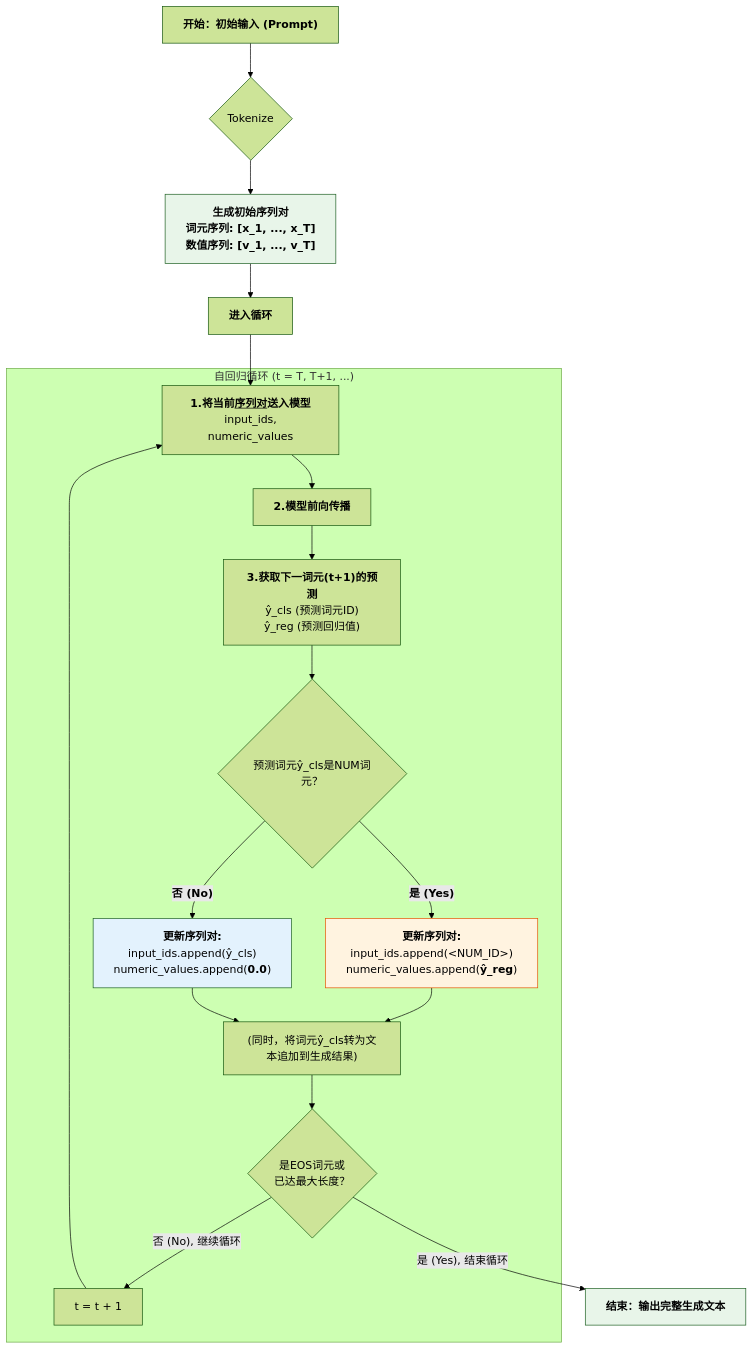
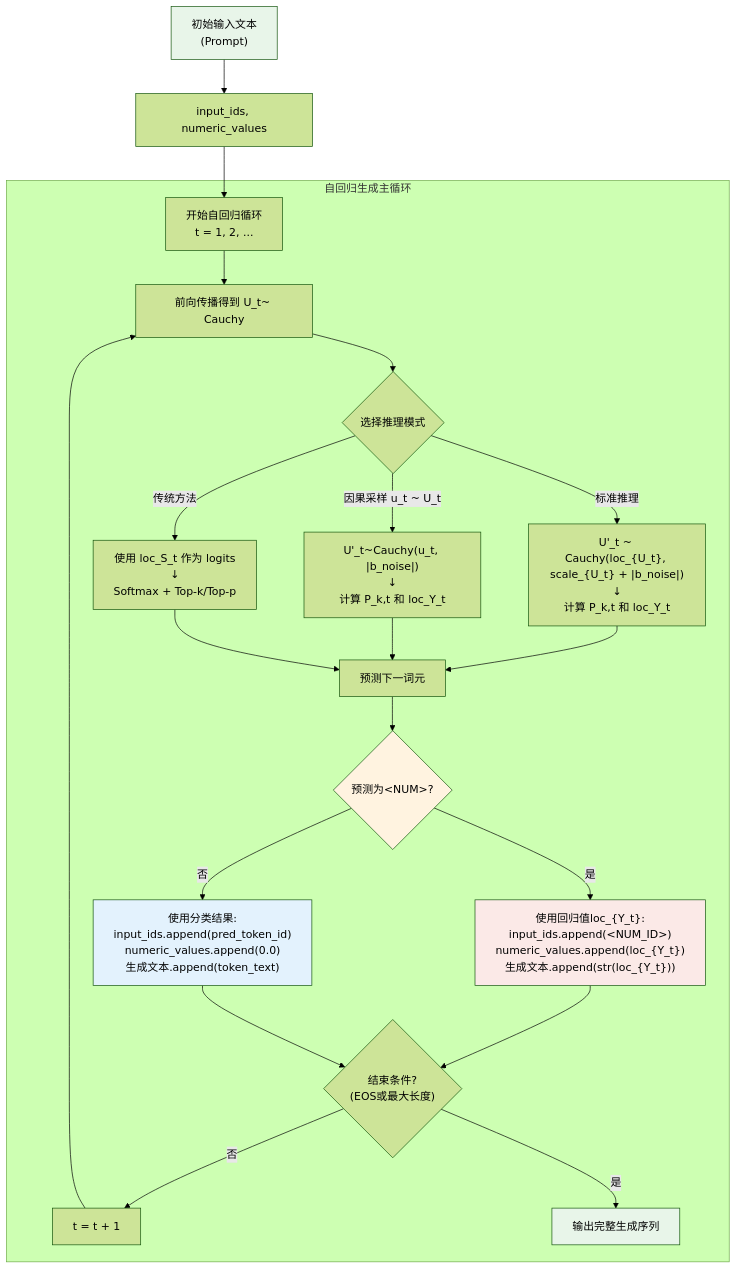
Before and after one commit to 1587causalai/CausalQwen: the fifth of 9 diagrams in docs/mathematical_foundations.md, drawn with Mermaid (forest theme). The commit also changed other lines of this file and 6 other files, not shown here.

````diff
--- a/docs/mathematical_foundations.md
+++ b/docs/mathematical_foundations.md
@@ -520,33 +501,39 @@
 ```mermaid
-graph TD
-    A["<b>开始：初始输入 (Prompt)</b>"] --> B{"Tokenize"};
-    B --> C["<b>生成初始序列对</br>词元序列: [x_1, ..., x_T]<br> 数值序列: [v_1, ..., v_T]"];
-    C --> D["<b>进入循环</b>"] --> Loop;
+graph TB
+    Start["初始输入文本<br>(Prompt)"] --> Tokenize["input_ids, numeric_values"]
+    
+    Tokenize --> Loop["开始自回归循环<br>t = 1, 2, ..."]
+    
+    subgraph "自回归生成主循环"
+        Loop --> Forward["前向传播得到 U_t~ Cauchy"]
 
-    subgraph "自回归循环 (t = T, T+1, ...)"
-        Loop["<b>1.将当前<u>序列对</u>送入模型</b><br> input_ids, numeric_values"];
-        Loop --> E["<b>2.模型前向传播</b>"];
-        E --> F["<b>3.获取下一词元(t+1)的预测</b><br>ŷ_cls (预测词元ID)<br>ŷ_reg (预测回归值)"];
+        Forward --> Branch{选择推理模式}
+
+        Branch -->|标准推理| Std["U'_t ~ Cauchy(loc_{U_t}, scale_{U_t} + |b_noise|)<br>↓<br>计算 P_k,t 和 loc_Y_t"]
+        Branch -->|因果采样 u_t ~ U_t| Causal["U'_t~Cauchy(u_t, |b_noise|)<br>↓<br>计算 P_k,t 和 loc_Y_t"]
+        Branch -->|传统方法| Trad["使用 loc_S_t 作为 logits<br>↓<br>Softmax + Top-k/Top-p"]
         
-        F --> G{"预测词元ŷ_cls是NUM词元？"};
+        Std --> Predict["预测下一词元"]
+        Causal --> Predict
+        Trad --> Predict
+        
+        Predict --> IsNum{预测为&lt;NUM&gt;?}
 
-        G -- "<b>是 (Yes)</b>" --> H["<b>更新序列对:</b><br>input_ids.append(&lt;NUM_ID&gt;)<br>numeric_values.append(<b>ŷ_reg</b>)"];
-        H --> I["(同时，将数值 ŷ_reg 转为文本追加到生成结果)"];
-
-        G -- "<b>否 (No)</b>" --> J["<b>更新序列对:</b><br>input_ids.append(ŷ_cls)<br>numeric_values.append(<b>0.0</b>)"];
-        J --> I["(同时，将词元ŷ_cls转为文本追加到生成结果)"];
+        IsNum -->|是| NumPath["使用回归值loc_{Y_t}:<br>input_ids.append(&lt;NUM_ID&gt;)<br>numeric_values.append(loc_{Y_t})<br>生成文本.append(str(loc_{Y_t}))"]
+        IsNum -->|否| TextPath["使用分类结果:<br>input_ids.append(pred_token_id)<br>numeric_values.append(0.0)<br>生成文本.append(token_text)"]
         
-        I --> K{"是EOS词元或<br>已达最大长度？"};
+        NumPath --> Check{"结束条件?<br>(EOS或最大长度)"}
+        TextPath --> Check
         
-        K -- "否 (No), 继续循环" --> L["t = t + 1"];
-        L --> Loop;
+        Check -->|否| Next["t = t + 1"]
+        Check -->|是| End["输出完整生成序列"]
+        
+        Next --> Forward
     end
     
-    K -- "是 (Yes), 结束循环" --> M["<b>结束：输出完整生成文本</b>"];
-
-    style C fill:#e8f5e9,stroke:#1b5e20
-    style H fill:#fff3e0,stroke:#e65100
-    style J fill:#e3f2fd,stroke:#1b5e20
-    style M fill:#e8f5e9,stroke:#1b5e20
-
-``` 
+    style Start fill:#e8f5e9
+    style End fill:#e8f5e9
+    style IsNum fill:#fff3e0
+    style NumPath fill:#fbe9e7
+    style TextPath fill:#e3f2fd
+```
````
